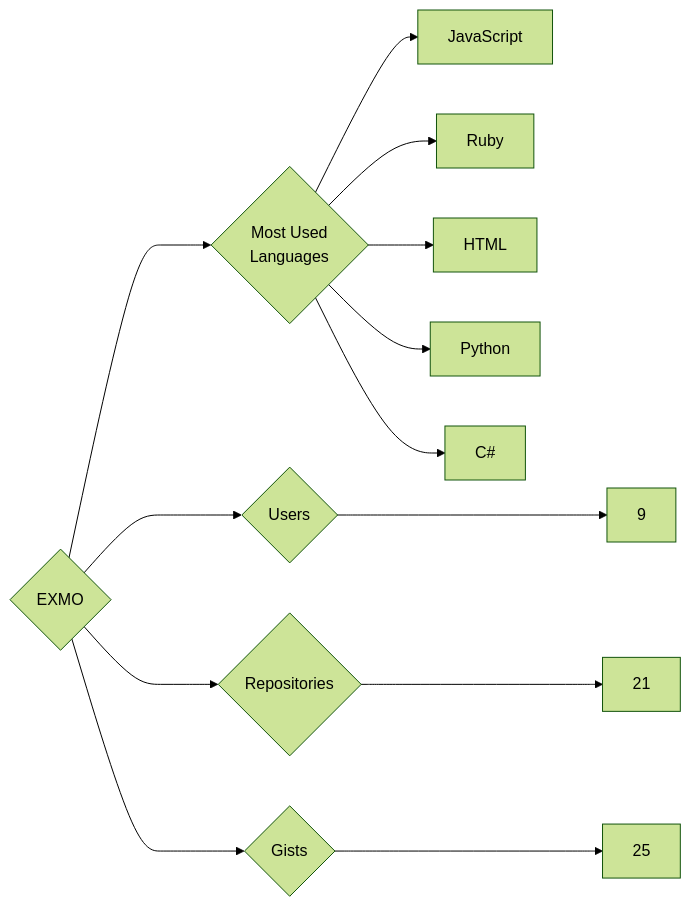
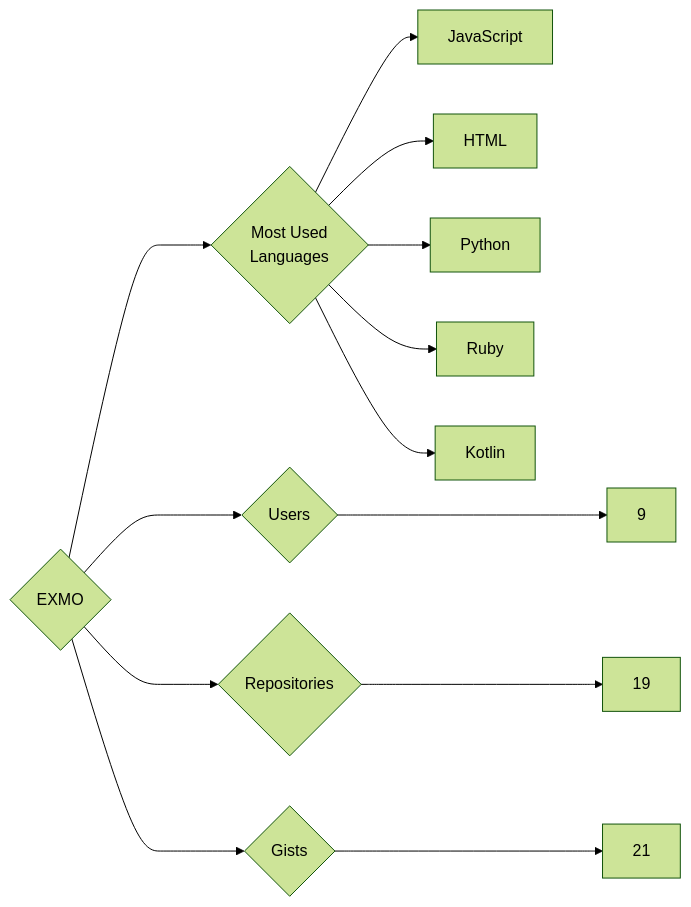
Before and after one commit to trickest/insiders: the diagram in targets/EXMO/README.md, drawn with Mermaid (forest theme). The commit also changed 938 other files, not shown here.

````diff
--- a/targets/EXMO/README.md
+++ b/targets/EXMO/README.md
@@ -3,13 +3,13 @@
 ```mermaid
 graph LR
 COMPANY_NAME{EXMO}
 COMPANY_NAME ---> U{Users} ---> UN[9]
-COMPANY_NAME ---> R{Repositories} ---> RN[21]
-COMPANY_NAME ---> G{Gists} ---> GN[25]
+COMPANY_NAME ---> R{Repositories} ---> RN[19]
+COMPANY_NAME ---> G{Gists} ---> GN[21]
 COMPANY_NAME ---> ML{Most Used<br>Languages}
 ML --> JavaScript[JavaScript]
-ML --> Ruby[Ruby]
 ML --> HTML[HTML]
 ML --> Python[Python]
-ML --> C#[C#]
+ML --> Ruby[Ruby]
+ML --> Kotlin[Kotlin]
 ```
````
